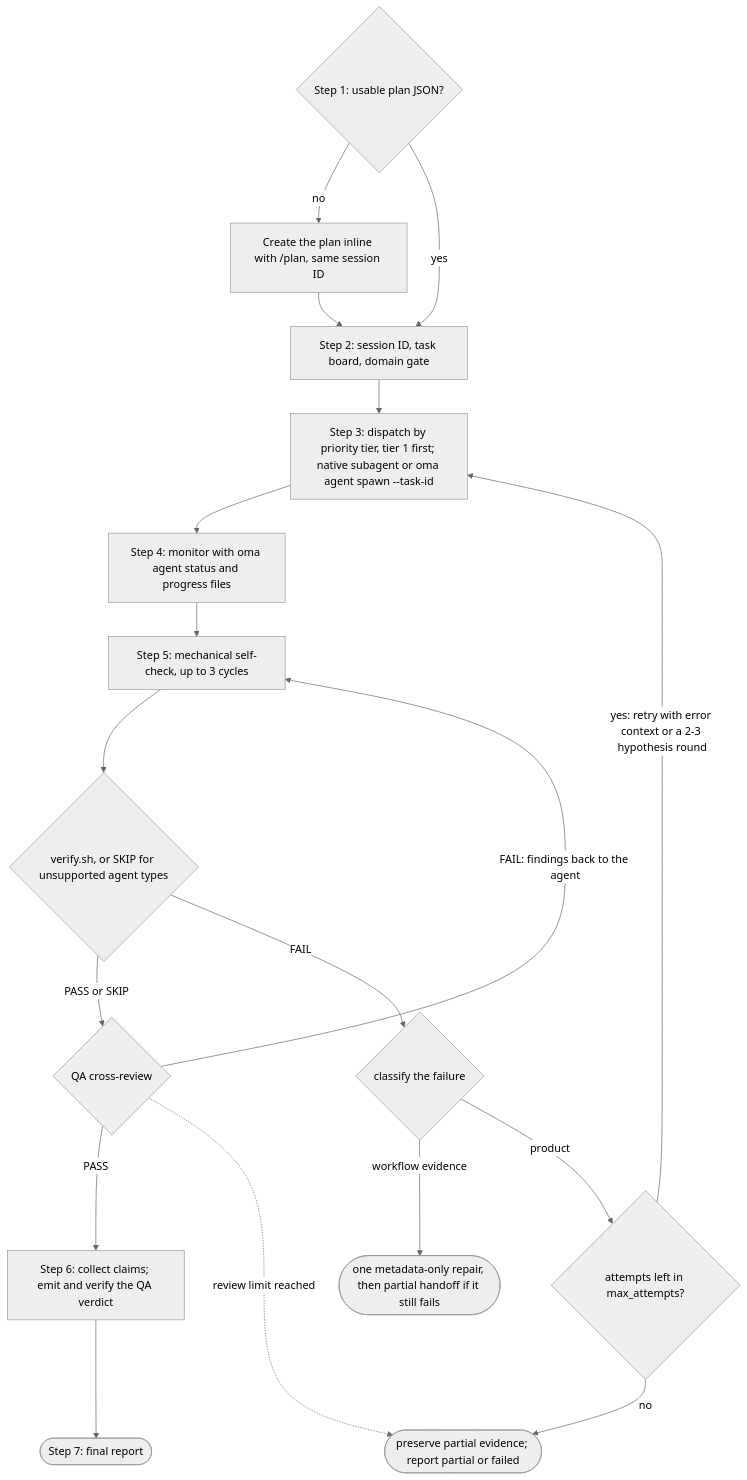
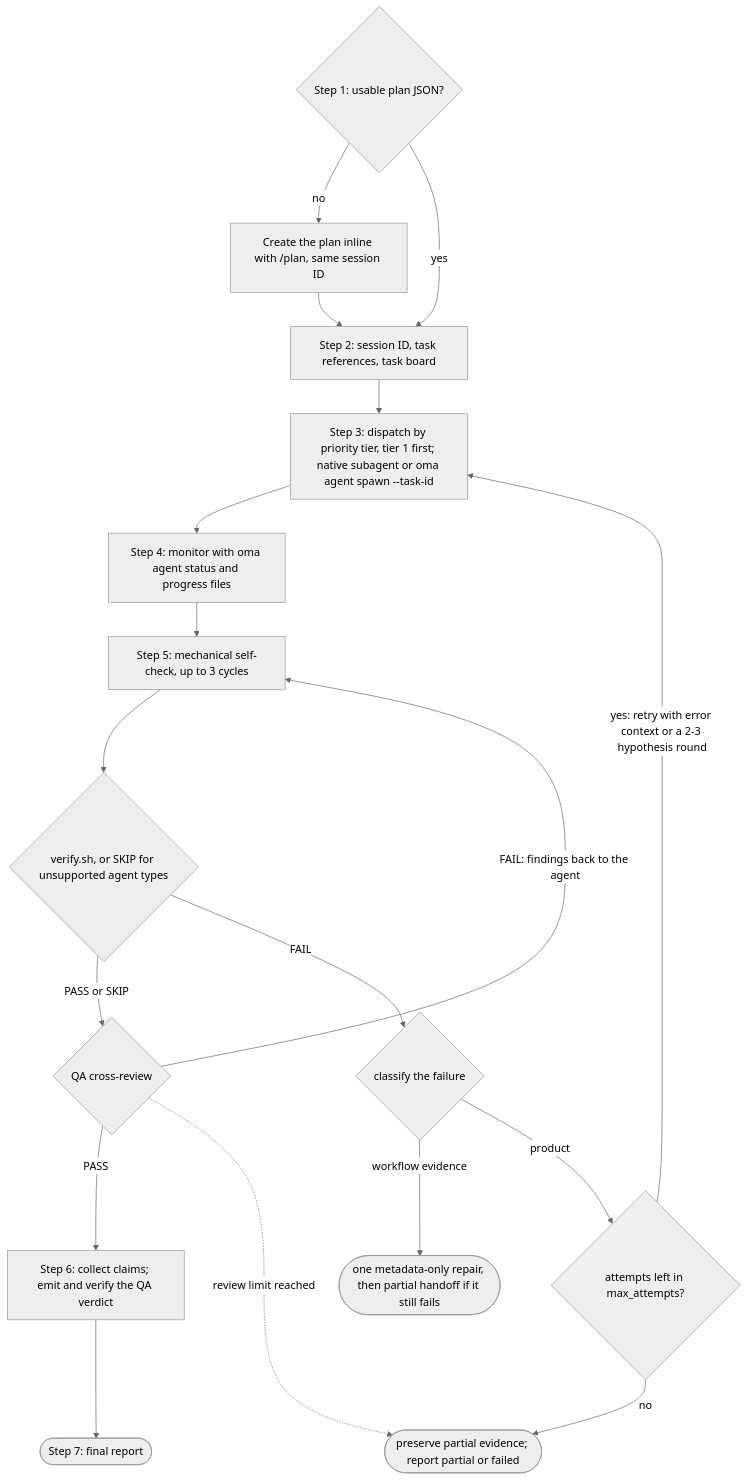
The first of 3 diagrams in web/i18n/fr/docusaurus-plugin-content-docs/current/core-concepts/workflows.md (first-fluke/oh-my-agent), drawn with Mermaid (neutral theme) before and after one commit. The commit also changed other lines of this file and 174 other files, not shown here.

````diff
--- a/web/i18n/fr/docusaurus-plugin-content-docs/current/core-concepts/workflows.md
+++ b/web/i18n/fr/docusaurus-plugin-content-docs/current/core-concepts/workflows.md
@@ -111,20 +90,20 @@
 ```mermaid
 flowchart TD
   S1{"Step 1: usable plan JSON?"} -->|no| MK["Create the plan inline with /plan, same session ID"]
   S1 -->|yes| S2
-  MK --> S2["Step 2: session ID, task board, domain gate"]
+  MK --> S2["Step 2: session ID, task references, task board"]
   S2 --> S3["Step 3: dispatch by priority tier, tier 1 first; native subagent or oma agent spawn --task-id"]
   S3 --> S4["Step 4: monitor with oma agent status and progress files"]
   S4 --> SC["Step 5: mechanical self-check, up to 3 cycles"]
   SC --> VS{"verify.sh, or SKIP for unsupported agent types"}
   VS -->|"PASS or SKIP"| QA{"QA cross-review"}
   QA -->|"FAIL: findings back to the agent"| SC
   QA -->|PASS| S6["Step 6: collect claims; emit and verify the QA verdict"]
   S6 --> S7(["Step 7: final report"])
   VS -->|FAIL| CL{"classify the failure"}
   CL -->|"workflow evidence"| EV(["one metadata-only repair, then partial handoff if it still fails"])
   CL -->|product| BG{"attempts left in max_attempts?"}
   BG -->|"yes: retry with error context or a 2-3 hypothesis round"| S3
   BG -->|no| STOP(["preserve partial evidence; report partial or failed"])
   QA -.->|"review limit reached"| STOP
 ```
````
